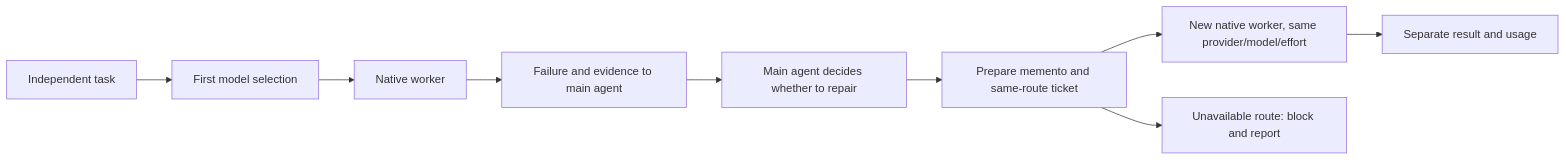
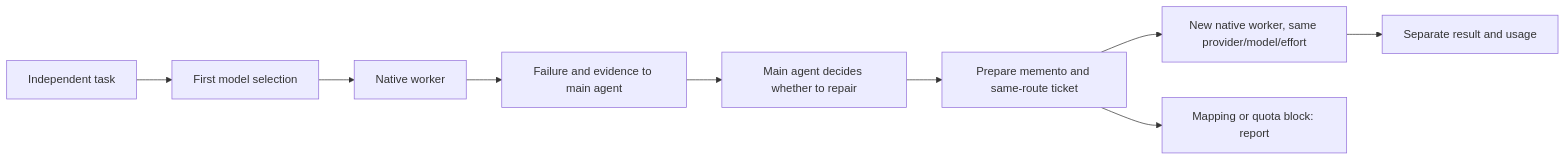
The diagram in docs/REPAIR-HANDOFF.md (AshenJyy/GeneralRouter), drawn with Mermaid before and after one commit. The commit also changed other lines of this file and 13 other files, not shown here.

````diff
--- a/docs/REPAIR-HANDOFF.md
+++ b/docs/REPAIR-HANDOFF.md
@@ -16,11 +16,11 @@
 ```mermaid
 flowchart LR
     T[Independent task] --> R[First model selection]
     R --> W[Native worker]
     W --> F[Failure and evidence to main agent]
     F --> D[Main agent decides whether to repair]
     D --> P[Prepare memento and same-route ticket]
     P --> N[New native worker, same provider/model/effort]
     N --> E[Separate result and usage]
-    P --> B[Unavailable route: block and report]
+    P --> B[Mapping or quota block: report]
 ```
````
